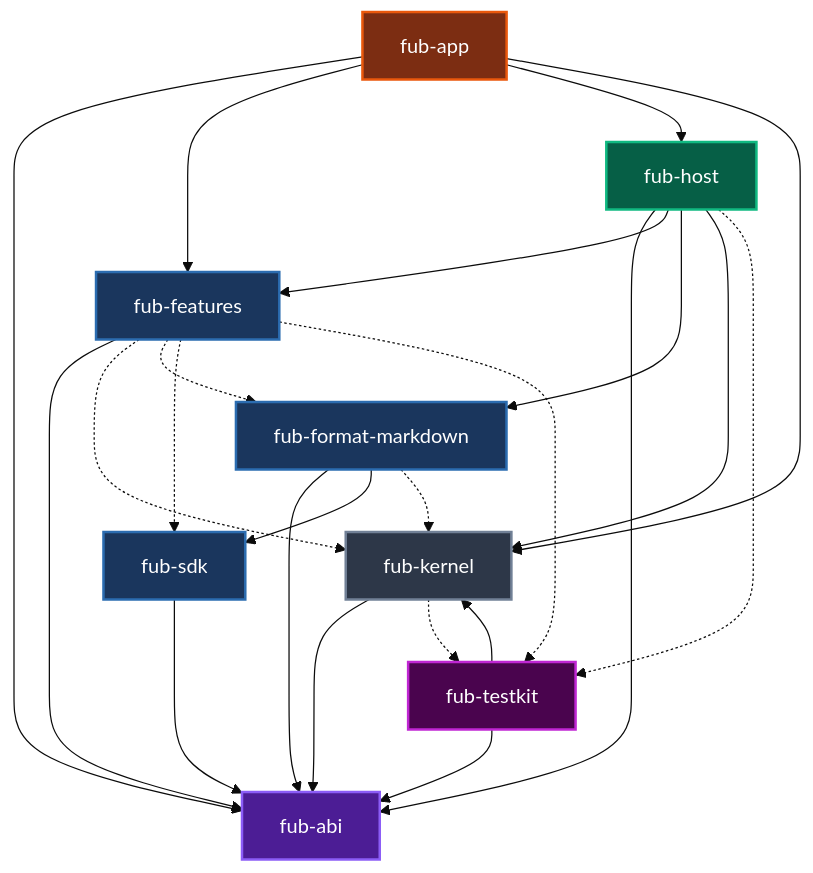
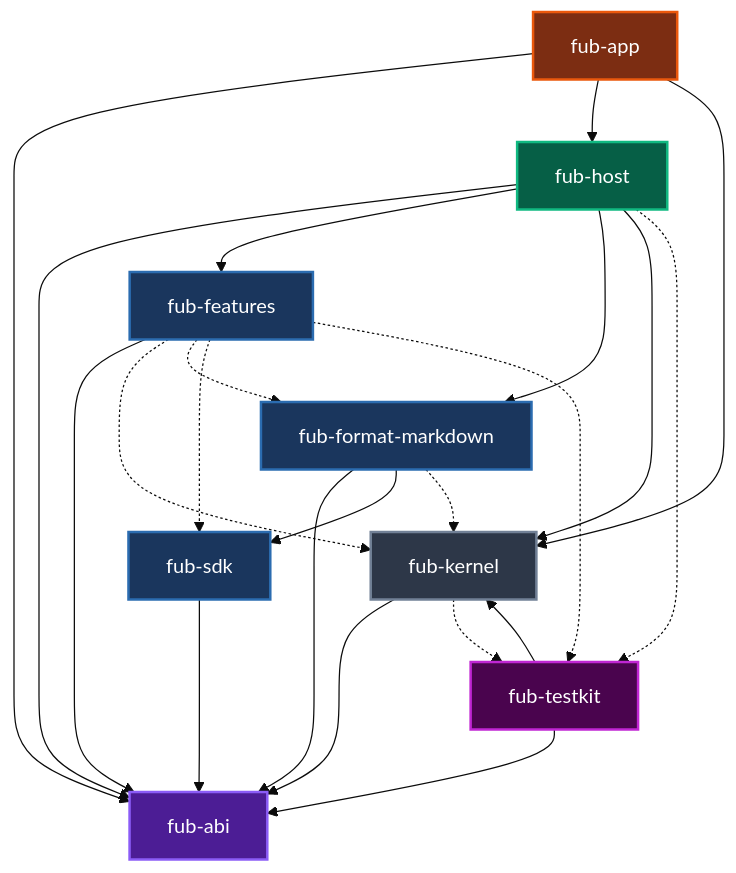
The second of 3 diagrams in docs/architecture/mappa-visuale.md (Fubeo/Fub), drawn with Mermaid (base theme) before and after one commit. The commit also changed 4 other files, not shown here.

Commit message:
fix(app,presidi,docs): `fub-app` non dipende più da `fub-features` — `VersionRef` per di lì non passa più, e la cargo feature chiesta al crate sbagliato non accendeva il `#[cfg]` che credeva

````diff
--- a/docs/architecture/mappa-visuale.md
+++ b/docs/architecture/mappa-visuale.md
@@ -174,48 +174,47 @@
 ```mermaid
 flowchart TD
     %% @grafo-dipendenze
     %% Questo blocco è letto e confrontato con `cargo metadata` da
     %% crates/fub-abi/tests/dependency_invariant.rs. Il dialetto ammesso è
     %% ristretto apposta: dichiarazioni `id["nome-crate"]:::classe`, archi
     %% `a --> b` (dipendenza normale) e `a -.-> b` (solo dev). Una riga fuori
     %% dialetto fa fallire il test invece di essere ignorata in silenzio.
     classDef contract fill:#4c1d95,stroke:#8b5cf6,stroke-width:2px,color:#fff
     classDef core     fill:#2d3748,stroke:#718096,stroke-width:2px,color:#fff
     classDef provider fill:#1a365d,stroke:#2b6cb0,stroke-width:2px,color:#fff
     classDef mount    fill:#065f46,stroke:#10b981,stroke-width:2px,color:#fff
     classDef glue     fill:#7c2d12,stroke:#ea580c,stroke-width:2px,color:#fff
     classDef banco    fill:#4a044e,stroke:#c026d3,stroke-width:2px,color:#fff
 
     app["fub-app"]:::glue
     host["fub-host"]:::mount
     features["fub-features"]:::provider
     markdown["fub-format-markdown"]:::provider
     sdk["fub-sdk"]:::provider
     testkit["fub-testkit"]:::banco
     kernel["fub-kernel"]:::core
     abi["fub-abi"]:::contract
 
     app --> abi
-    app --> features
     app --> host
     app --> kernel
     host --> abi
     host --> features
     host --> markdown
     host --> kernel
     features --> abi
     markdown --> abi
     markdown --> sdk
     kernel --> abi
     sdk --> abi
     testkit --> abi
     testkit --> kernel
 
     features -.-> kernel
     features -.-> markdown
     features -.-> sdk
     features -.-> testkit
     markdown -.-> kernel
     kernel -.-> testkit
     host -.-> testkit
 ```
````
